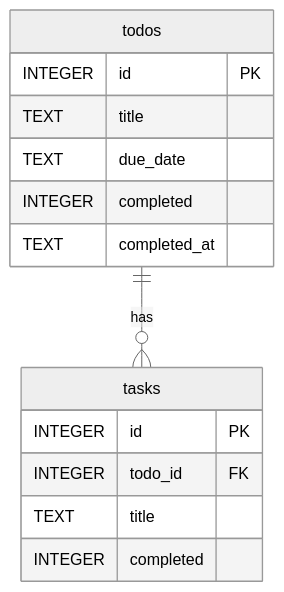
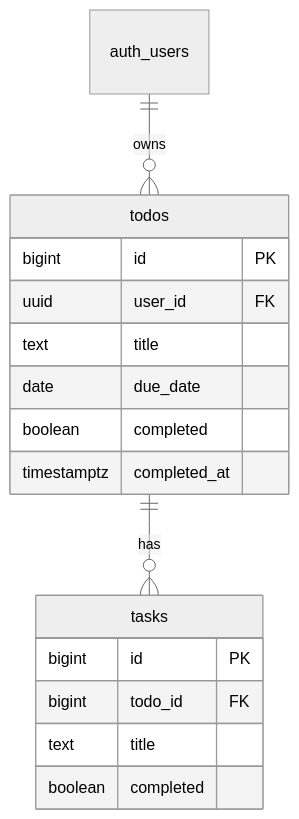
The second of 2 diagrams in README.md (eple-lab/task-hive), drawn with Mermaid (neutral theme) before and after one commit. The commit also changed other lines of this file and 15 other files, not shown here.

````diff
--- a/README.md
+++ b/README.md
@@ -62,17 +75,19 @@
 ```mermaid
 erDiagram
+    auth_users ||--o{ todos : "owns"
     todos ||--o{ tasks : "has"
     todos {
-        INTEGER id PK
-        TEXT title
-        TEXT due_date
-        INTEGER completed
-        TEXT completed_at
+        bigint id PK
+        uuid user_id FK
+        text title
+        date due_date
+        boolean completed
+        timestamptz completed_at
     }
     tasks {
-        INTEGER id PK
-        INTEGER todo_id FK
-        TEXT title
-        INTEGER completed
+        bigint id PK
+        bigint todo_id FK
+        text title
+        boolean completed
     }
 ```
````
